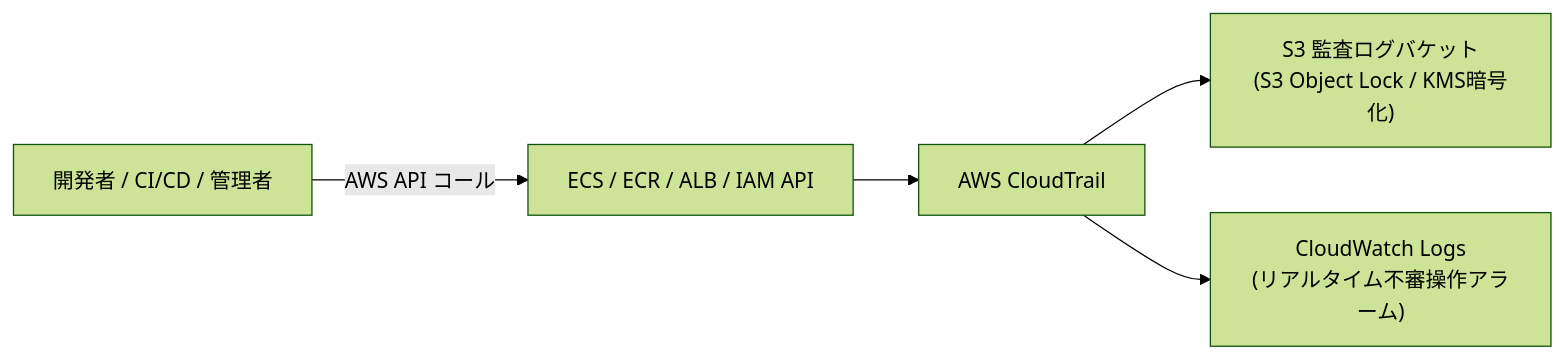
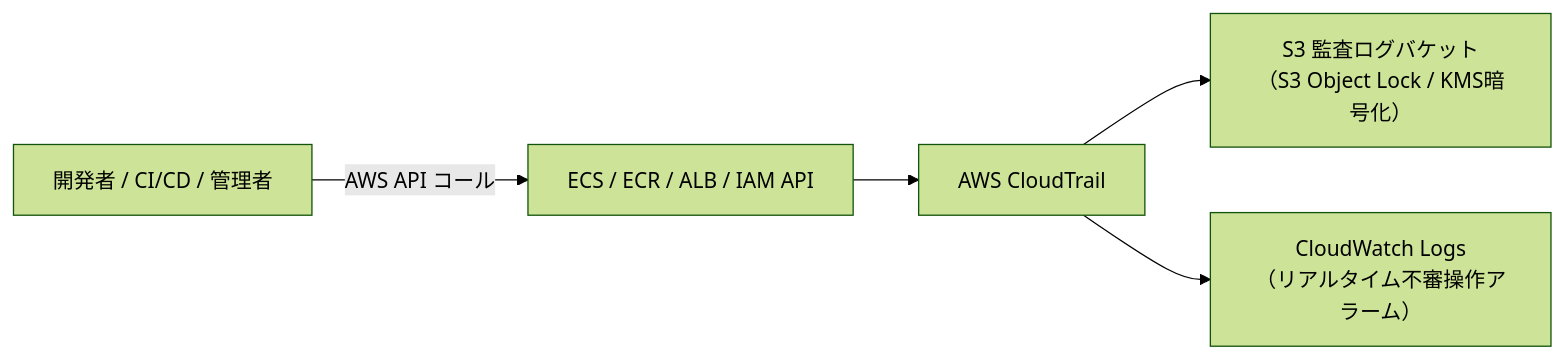
Diagram 14 of 17 in AWS：ECS.md (hide104y/markdown), drawn with Mermaid (forest theme) before and after one commit. The commit also changed other lines of this file, not shown here.

Commit message:
GitHubのMermaidパーサーとの互換性考慮（その２）

````diff
--- a/AWS：ECS.md
+++ b/AWS：ECS.md
@@ -1752,7 +1756,7 @@
 ```mermaid
 flowchart LR
     Admin["開発者 / CI/CD / 管理者"] -->|"AWS API コール"| AWS_API["ECS / ECR / ALB / IAM API"]
     AWS_API --> CT["AWS CloudTrail"]
-    CT --> S3_Audit["S3 監査ログバケット<br>(S3 Object Lock / KMS暗号化)"]
-    CT --> CW_Trail["CloudWatch Logs<br>(リアルタイム不審操作アラーム)"]
+    CT --> S3_Audit["S3 監査ログバケット<br>（S3 Object Lock / KMS暗号化）"]
+    CT --> CW_Trail["CloudWatch Logs<br>（リアルタイム不審操作アラーム）"]
 ```
````
